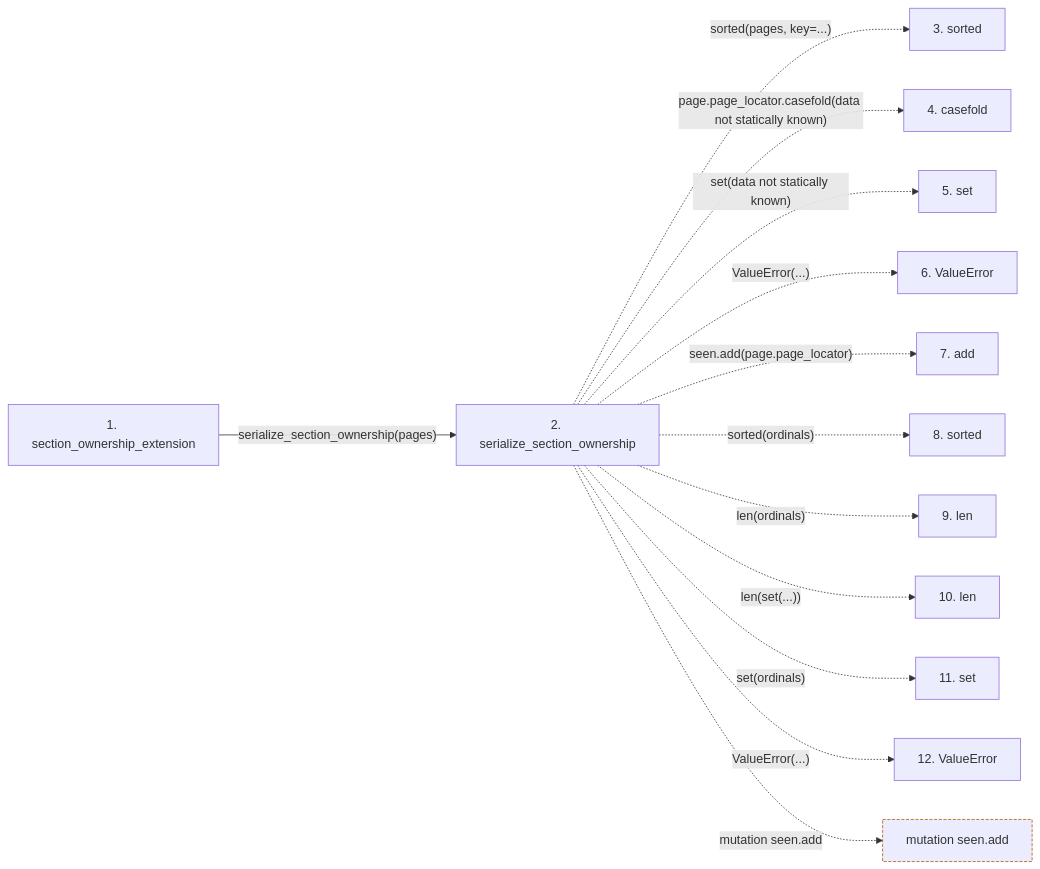
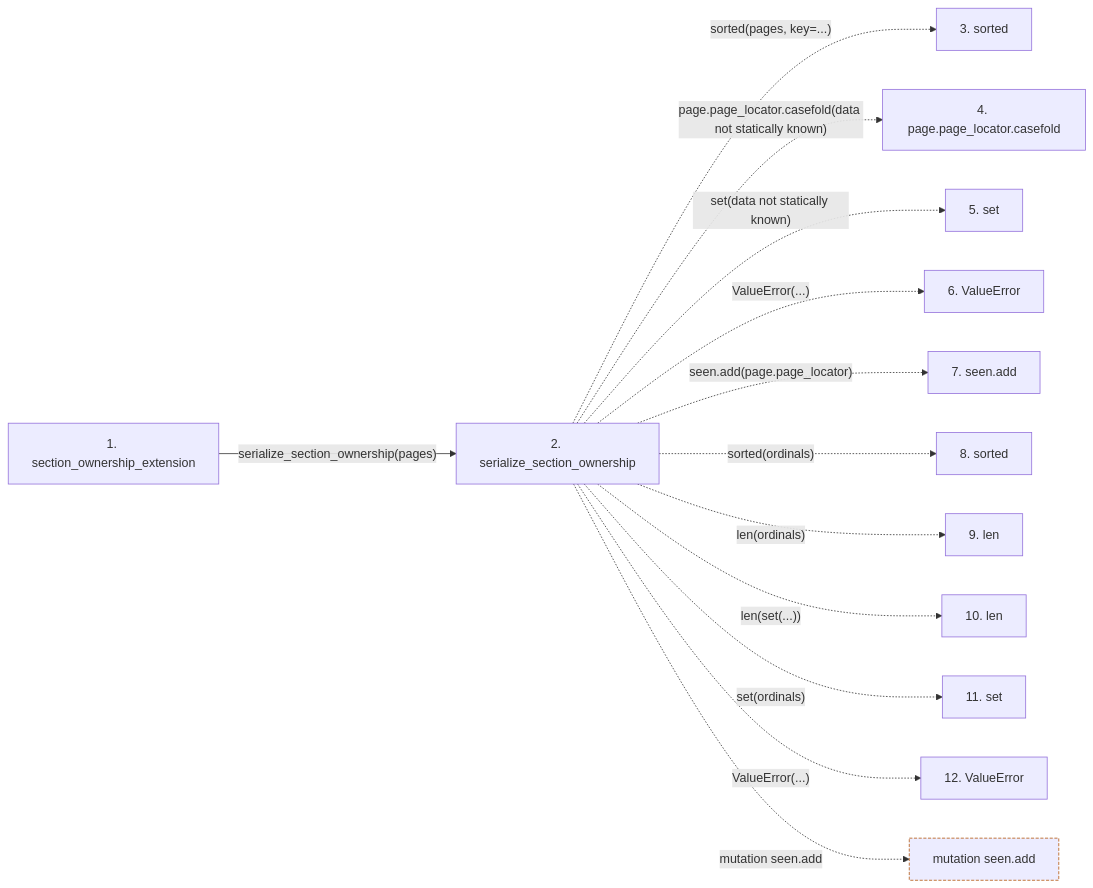
One commit to Denissvgn/python-wiki-llm changed the second of 2 diagrams in docs/llm_wiki/flows/api-section_ownership_extension.md. Above: the diagram before and after it, drawn with Mermaid. The commit also changed other lines of this file and 719 other files, not shown here.

````diff
--- a/docs/llm_wiki/flows/api-section_ownership_extension.md
+++ b/docs/llm_wiki/flows/api-section_ownership_extension.md
@@ -38,32 +38,32 @@
 ```mermaid
 flowchart LR
     s1["1. section_ownership_extension"]
     s2["2. serialize_section_ownership"]
     s3["3. sorted"]
-    s4["4. casefold"]
+    s4["4. page.page_locator.casefold"]
     s5["5. set"]
     s6["6. ValueError"]
-    s7["7. add"]
+    s7["7. seen.add"]
     s8["8. sorted"]
     s9["9. len"]
     s10["10. len"]
     s11["11. set"]
     s12["12. ValueError"]
     s1 -->|"serialize_section_ownership(pages)"| s2
     s2 -. "sorted(pages, key=...)" .-> s3
     s2 -. "page.page_locator.casefold(data not statically known)" .-> s4
     s2 -. "set(data not statically known)" .-> s5
     s2 -. "ValueError(...)" .-> s6
     s2 -. "seen.add(page.page_locator)" .-> s7
     s2 -. "sorted(ordinals)" .-> s8
     s2 -. "len(ordinals)" .-> s9
     s2 -. "len(set(...))" .-> s10
     s2 -. "set(ordinals)" .-> s11
     s2 -. "ValueError(...)" .-> s12
     b0["mutation seen.add"]
     s2 -. "mutation seen.add" .-> b0
     click s1 "../modules/section_ownership.md"
     click s2 "../modules/section_ownership.md"
     classDef boundary stroke:#b45309,stroke-dasharray: 4 2
     class b0 boundary
 ```
````
